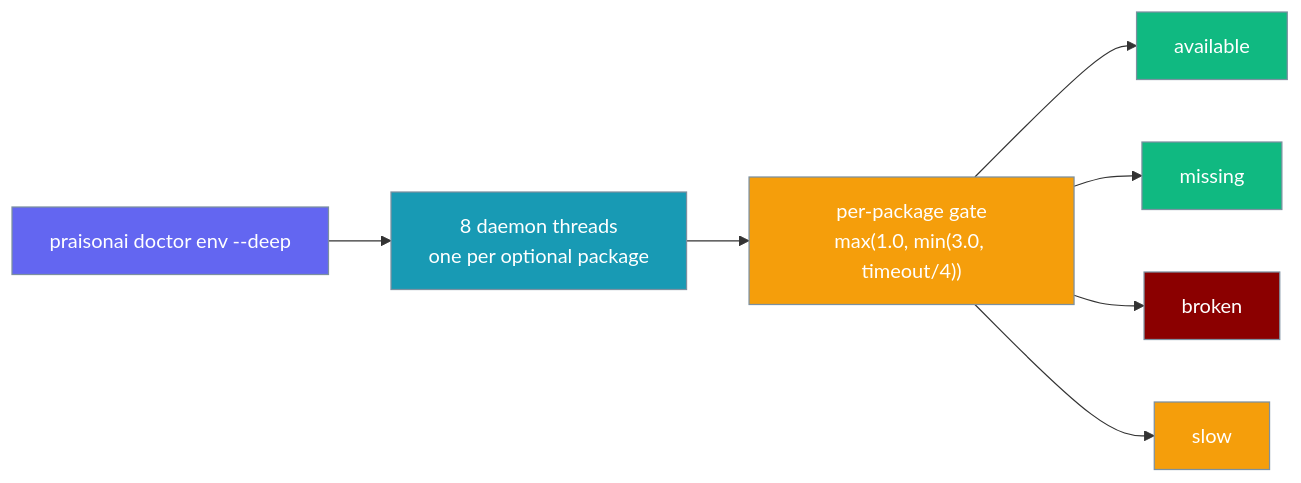
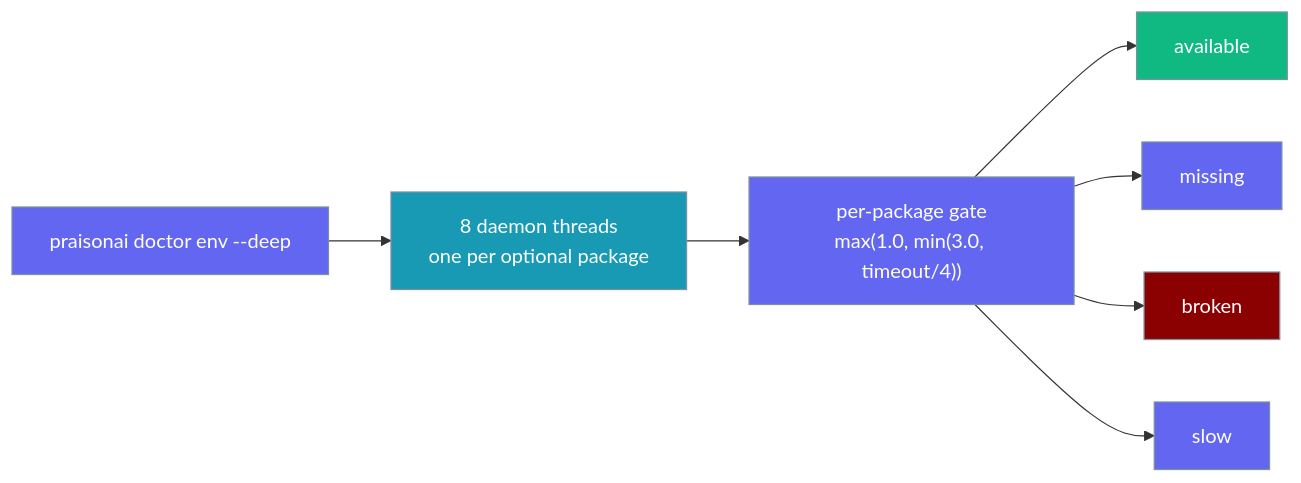
Before and after one commit to MervinPraison/PraisonAIDocs: the first of 2 diagrams in docs/features/doctor-optional-deps.mdx, drawn with Mermaid.

Commit message:
docs: fix hero diagram color semantics for missing/slow buckets
missing and slow buckets are PASS-status (neutral), not positive
outcomes like available (green). Separate classDef so available
stays green, missing/slow use indigo (neutral), broken stays dark-red.

````diff
--- a/docs/features/doctor-optional-deps.mdx
+++ b/docs/features/doctor-optional-deps.mdx
@@ -10,22 +10,22 @@
 ```mermaid
 graph LR
     A["praisonai doctor env --deep"] --> B["8 daemon threads\none per optional package"]
     B --> C["per-package gate\nmax(1.0, min(3.0, timeout/4))"]
     C --> D["available"]
     C --> E["missing"]
     C --> F["broken"]
     C --> G["slow"]
 
     classDef input fill:#6366F1,stroke:#7C90A0,color:#fff
     classDef process fill:#189AB4,stroke:#7C90A0,color:#fff
-    classDef gate fill:#F59E0B,stroke:#7C90A0,color:#fff
+    classDef neutral fill:#6366F1,stroke:#7C90A0,color:#fff
     classDef ok fill:#10B981,stroke:#7C90A0,color:#fff
     classDef warn fill:#8B0000,stroke:#7C90A0,color:#fff
 
     class A input
     class B process
-    class C gate
-    class D,E ok
+    class C neutral
+    class D ok
+    class E,G neutral
     class F warn
-    class G gate
 ```
````
